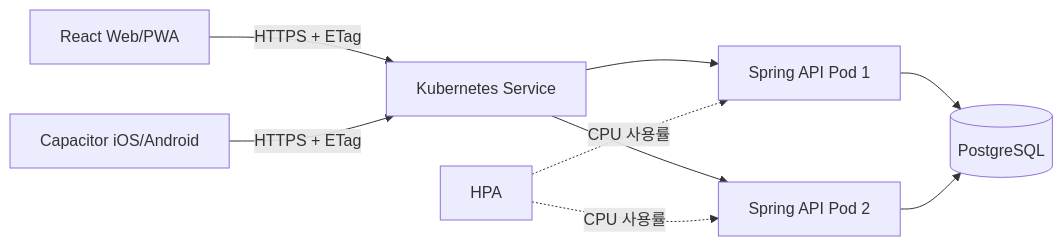
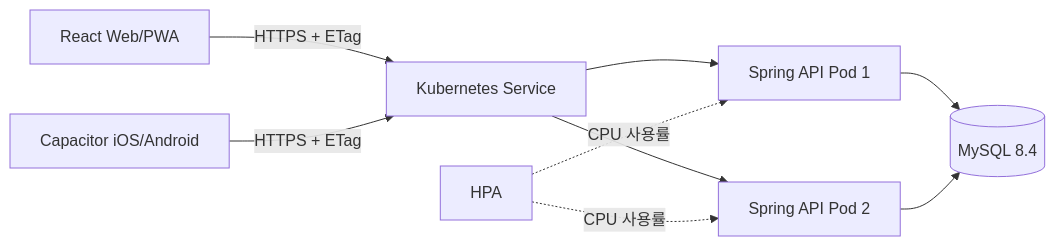
One commit to jieseob1/planner changed the first of 2 diagrams in docs/BACKEND_ARCHITECTURE.md. Above: the diagram before and after it, drawn with Mermaid. The commit also changed other lines of this file and 68 other files, not shown here.

````diff
--- a/docs/BACKEND_ARCHITECTURE.md
+++ b/docs/BACKEND_ARCHITECTURE.md
@@ -7,11 +7,11 @@
 ```mermaid
 flowchart LR
   W[React Web/PWA] -->|HTTPS + ETag| S[Kubernetes Service]
   M[Capacitor iOS/Android] -->|HTTPS + ETag| S
   S --> A1[Spring API Pod 1]
   S --> A2[Spring API Pod 2]
-  A1 --> P[(PostgreSQL)]
+  A1 --> P[(MySQL 8.4)]
   A2 --> P
   H[HPA] -. CPU 사용률 .-> A1
   H -. CPU 사용률 .-> A2
 ```
````
